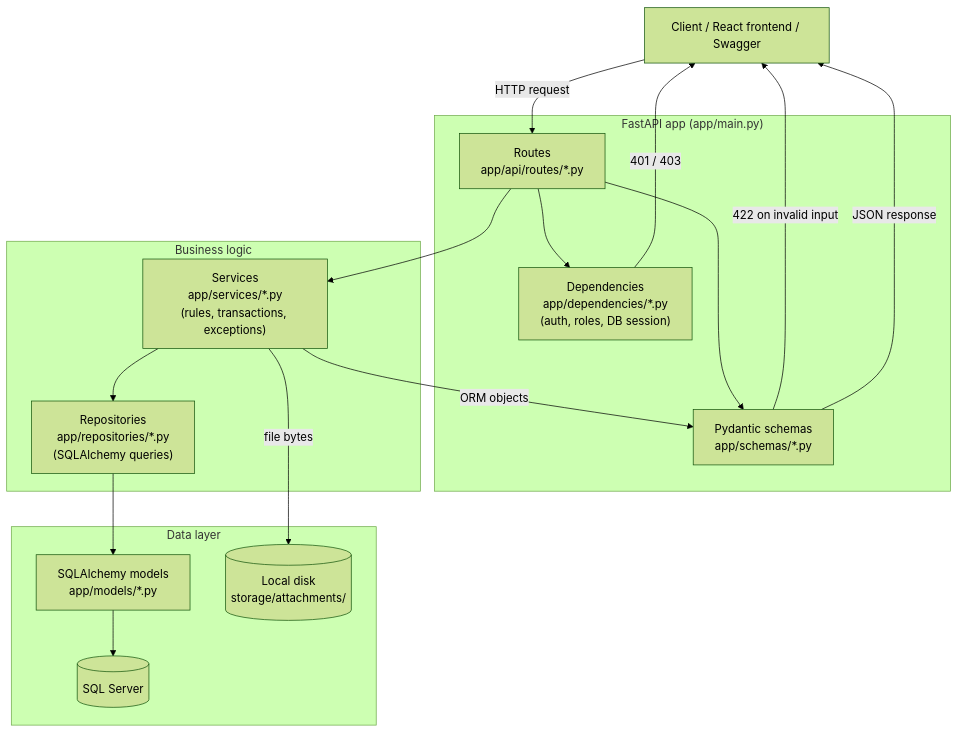
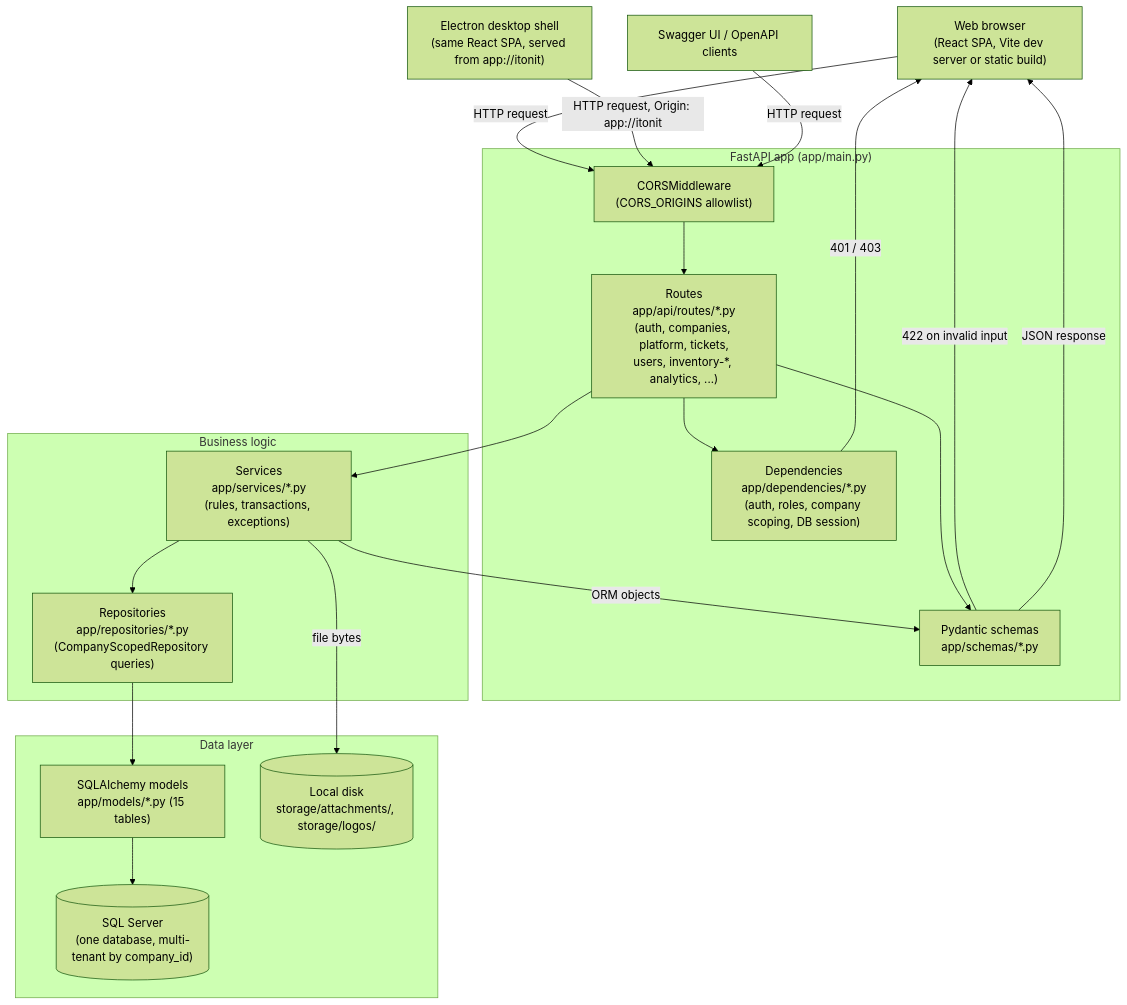
One commit to emmahr1998/ITOnIT changed the first of 10 diagrams in docs/BACKEND_DIAGRAMS.md. Above: the diagram before and after it, drawn with Mermaid (forest theme). The commit also changed other lines of this file and 44 other files, not shown here.

````diff
--- a/docs/BACKEND_DIAGRAMS.md
+++ b/docs/BACKEND_DIAGRAMS.md
@@ -8,34 +10,40 @@
 ```mermaid
 flowchart TD
-    Client["Client / React frontend / Swagger"]
+    WebClient["Web browser\n(React SPA, Vite dev server or static build)"]
+    DesktopClient["Electron desktop shell\n(same React SPA, served from app://itonit)"]
+    Swagger["Swagger UI / OpenAPI clients"]
 
     subgraph FastAPI["FastAPI app (app/main.py)"]
-        Routes["Routes\napp/api/routes/*.py"]
-        Deps["Dependencies\napp/dependencies/*.py\n(auth, roles, DB session)"]
+        CORS["CORSMiddleware\n(CORS_ORIGINS allowlist)"]
+        Routes["Routes\napp/api/routes/*.py\n(auth, companies, platform, tickets,\nusers, inventory-*, analytics, ...)"]
+        Deps["Dependencies\napp/dependencies/*.py\n(auth, roles, company scoping, DB session)"]
         Schemas["Pydantic schemas\napp/schemas/*.py"]
     end
 
     subgraph Domain["Business logic"]
         Services["Services\napp/services/*.py\n(rules, transactions, exceptions)"]
-        Repos["Repositories\napp/repositories/*.py\n(SQLAlchemy queries)"]
+        Repos["Repositories\napp/repositories/*.py\n(CompanyScopedRepository queries)"]
     end
 
     subgraph Data["Data layer"]
-        Models["SQLAlchemy models\napp/models/*.py"]
-        DB[("SQL Server")]
-        Disk[("Local disk\nstorage/attachments/")]
+        Models["SQLAlchemy models\napp/models/*.py (15 tables)"]
+        DB[("SQL Server\n(one database, multi-tenant by company_id)")]
+        Disk[("Local disk\nstorage/attachments/, storage/logos/")]
     end
 
-    Client -->|HTTP request| Routes
+    WebClient -->|HTTP request| CORS
+    DesktopClient -->|HTTP request, Origin: app://itonit| CORS
+    Swagger -->|HTTP request| CORS
+    CORS --> Routes
     Routes --> Deps
-    Deps -->|401 / 403| Client
+    Deps -->|401 / 403| WebClient
     Routes --> Schemas
-    Schemas -->|422 on invalid input| Client
+    Schemas -->|422 on invalid input| WebClient
     Routes --> Services
     Services --> Repos
     Repos --> Models
     Models --> DB
     Services -->|file bytes| Disk
     Services -->|ORM objects| Schemas
-    Schemas -->|JSON response| Client
+    Schemas -->|JSON response| WebClient
 ```
````
